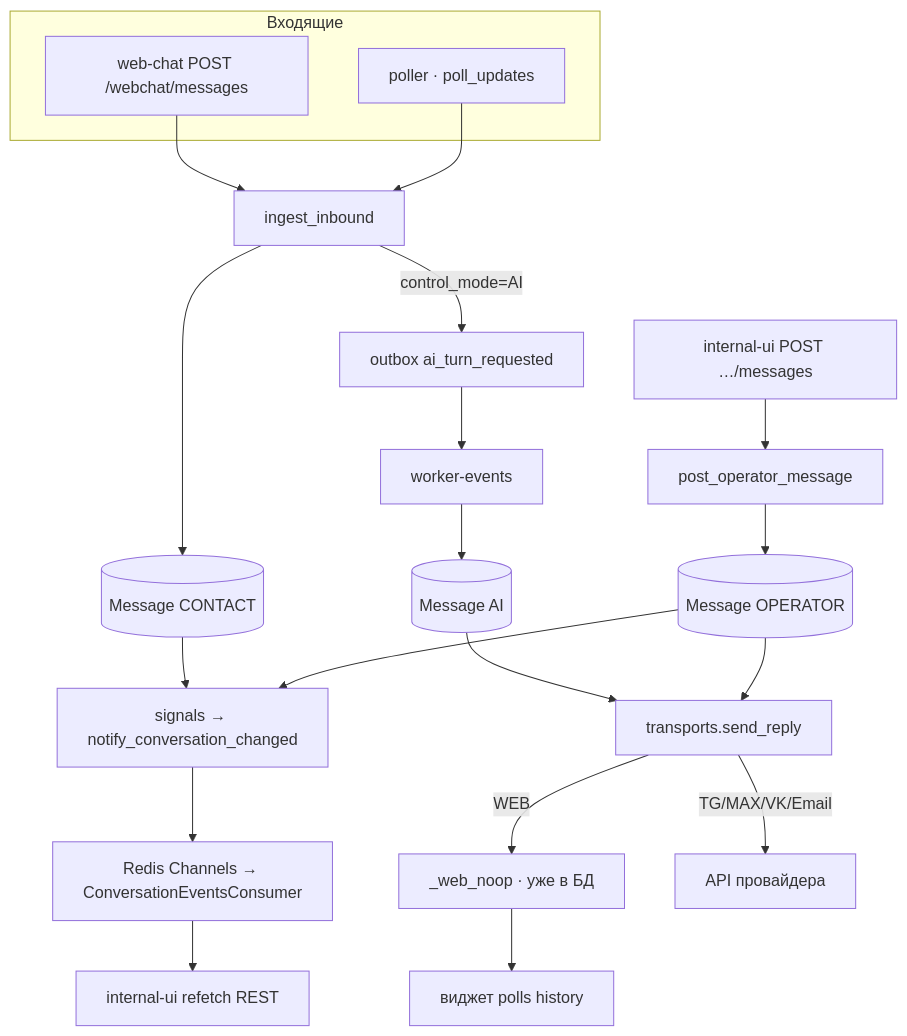
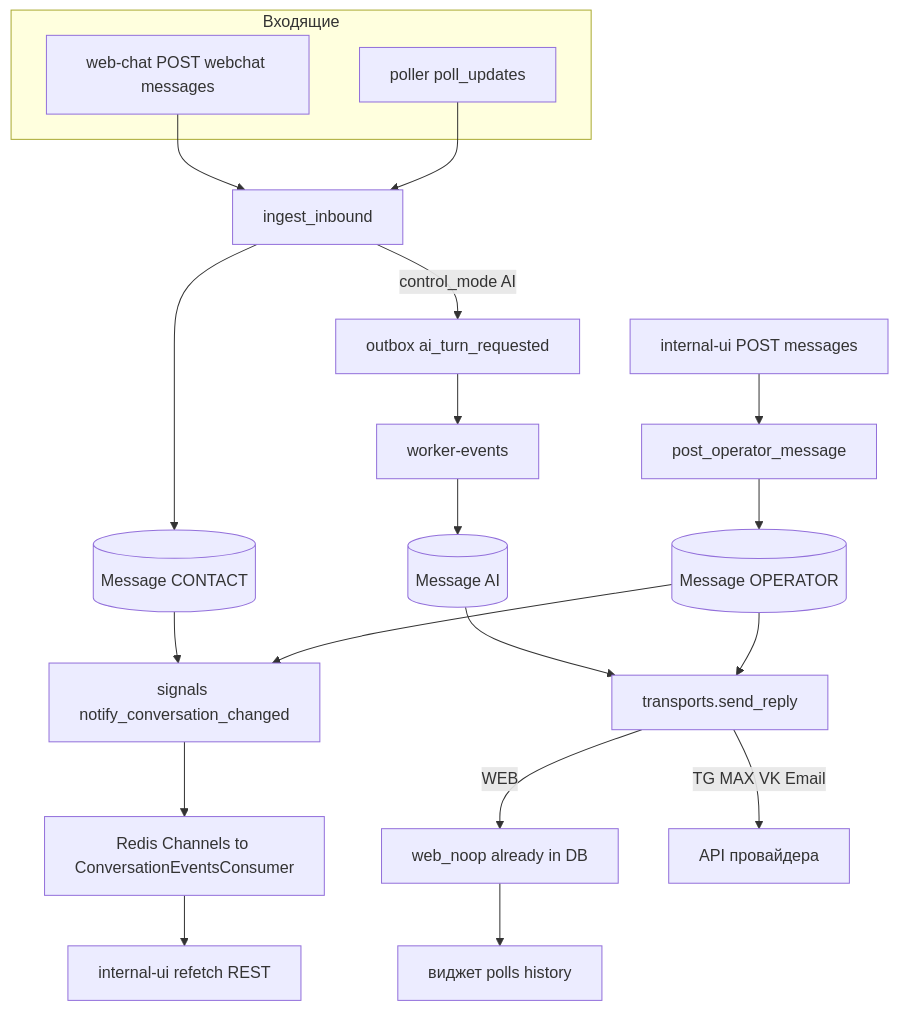
One commit to antirek/chats-architecture changed the third of 7 diagrams in chatballs/architecture-message-flow.md. Above: the diagram before and after it, drawn with Mermaid. The commit also changed other lines of this file, not shown here.

````diff
--- a/chatballs/architecture-message-flow.md
+++ b/chatballs/architecture-message-flow.md
@@ -136,34 +136,34 @@
 ```mermaid
 flowchart TB
   subgraph inbound [Входящие]
-    WC[web-chat POST /webchat/messages]
-    POLL[poller · poll_updates]
+    WC[web-chat POST webchat messages]
+    POLL[poller poll_updates]
   end
 
   ING[ingest_inbound]
   MSG[(Message CONTACT)]
-  SIG[signals → notify_conversation_changed]
-  WS[Redis Channels → ConversationEventsConsumer]
+  SIG[signals notify_conversation_changed]
+  WS[Redis Channels to ConversationEventsConsumer]
   UI[internal-ui refetch REST]
 
   WC --> ING
   POLL --> ING
   ING --> MSG
   MSG --> SIG
   SIG --> WS --> UI
 
-  ING -->|control_mode=AI| OUT[outbox ai_turn_requested]
+  ING -->|control_mode AI| OUT[outbox ai_turn_requested]
   OUT --> EW[worker-events]
   EW --> AIM[(Message AI)]
   AIM --> SEND[transports.send_reply]
 
-  OP[internal-ui POST …/messages]
+  OP[internal-ui POST messages]
   OP --> POM[post_operator_message]
   POM --> OPM[(Message OPERATOR)]
   OPM --> SEND
   OPM --> SIG
 
-  SEND -->|WEB| NOOP[_web_noop · уже в БД]
-  SEND -->|TG/MAX/VK/Email| API[API провайдера]
+  SEND -->|WEB| NOOP[web_noop already in DB]
+  SEND -->|TG MAX VK Email| API[API провайдера]
   NOOP --> POLLUI[виджет polls history]
 ```
````
